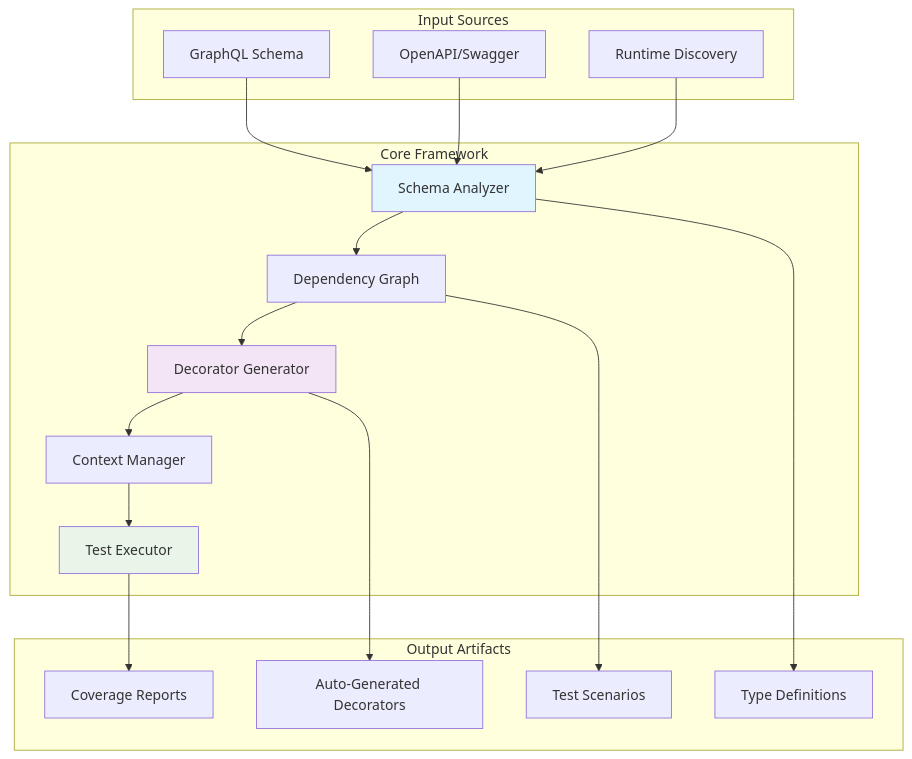
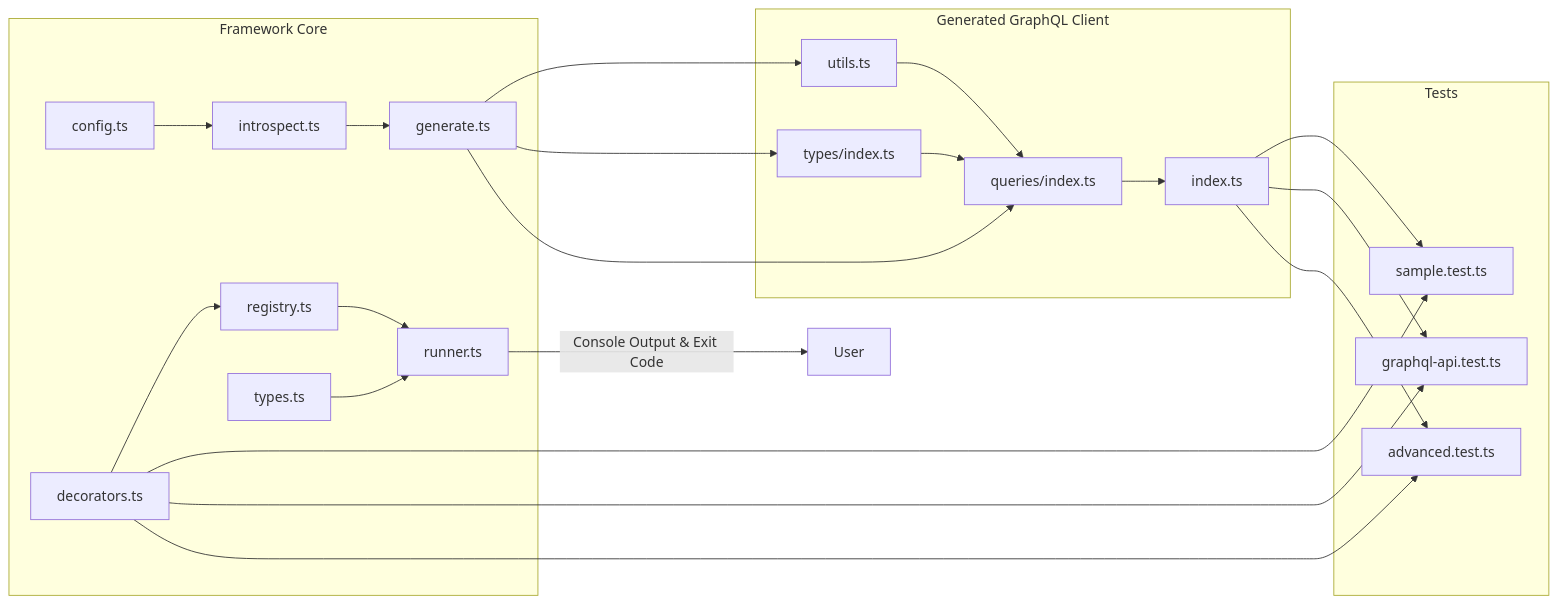
One commit to Cyber-Luke/best-api-testing changed the second of 3 diagrams in README.md. Above: the diagram before and after it, drawn with Mermaid. The commit also changed other lines of this file and 22 other files, not shown here.

````diff
--- a/README.md
+++ b/README.md
@@ -85,41 +53,33 @@
 ```mermaid
-graph TB
-    subgraph "Input Sources"
-        A[GraphQL Schema]
-        B[OpenAPI/Swagger]
-        C[Runtime Discovery]
+graph LR
+    subgraph Framework Core
+    CF[config.ts] --> IN[introspect.ts]
+    IN --> GE[generate.ts]
+    DE[decorators.ts] --> RE[registry.ts]
+    RE --> RU[runner.ts]
+    TY[types.ts] --> RU
     end
 
-    subgraph "Core Framework"
-        D[Schema Analyzer]
-        E[Dependency Graph]
-        F[Decorator Generator]
-        G[Context Manager]
-        H[Test Executor]
+    subgraph Generated GraphQL Client
+    UT[utils.ts] --> QI[queries/index.ts]
+    TI[types/index.ts] --> QI
+    QI --> GI[index.ts]
     end
 
-    subgraph "Output Artifacts"
-        I[Auto-Generated Decorators]
-        J[Type Definitions]
-        K[Test Scenarios]
-        L[Coverage Reports]
+    subgraph Tests
+    T1[sample.test.ts]
+    T2[graphql-api.test.ts]
+    T3[advanced.test.ts]
     end
 
-    A --> D
-    B --> D
-    C --> D
-
-    D --> E
-    E --> F
-    F --> G
-    G --> H
-
-    F --> I
-    D --> J
-    E --> K
-    H --> L
-
-    style D fill:#e1f5fe
-    style F fill:#f3e5f5
-    style H fill:#e8f5e8
+    GE --> UT
+    GE --> TI
+    GE --> QI
+    GI --> T1
+    GI --> T2
+    GI --> T3
+    DE --> T1
+    DE --> T2
+    DE --> T3
+    RU -->|Console Output & Exit Code| User
 ```
````
